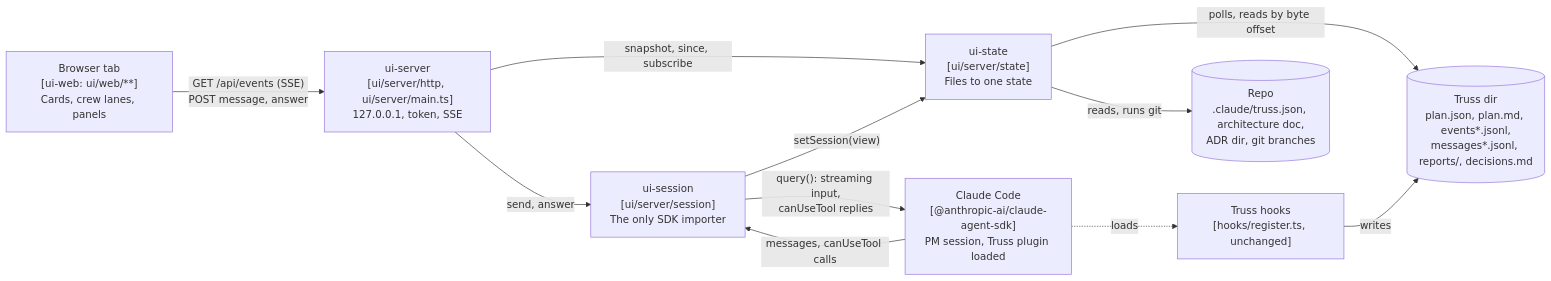
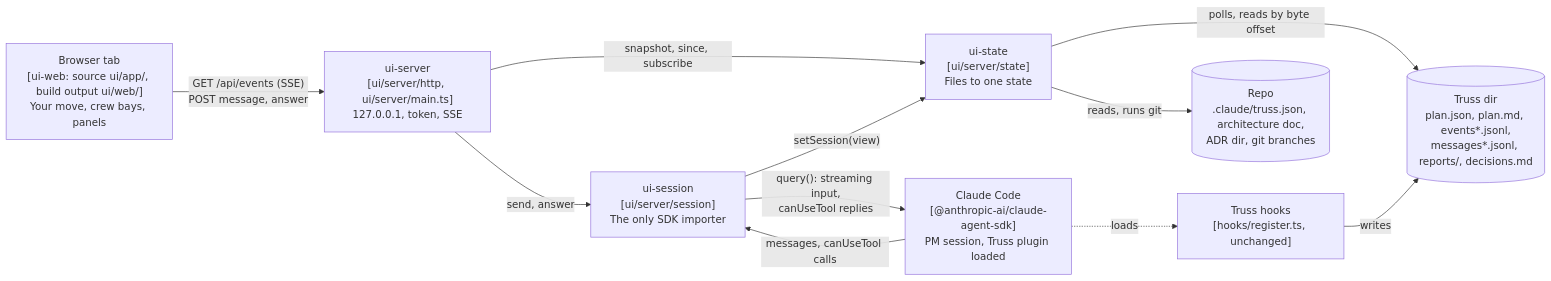
Before and after one commit to AbhiramDwivedi/truss: diagram 19 of 23 in plugins/truss/docs/architecture.md, drawn with Mermaid. The commit also changed other lines of this file and 2 other files, not shown here.

First line of the commit message:
docs(ui-redesign): ADR-0018, the redesigned web UI, linked from ADR-0011 and the architecture doc

````diff
--- a/plugins/truss/docs/architecture.md
+++ b/plugins/truss/docs/architecture.md
@@ -1066,22 +1068,22 @@
 ```mermaid
 flowchart LR
-  browser["Browser tab<br/>[ui-web: ui/web/**]<br/>Cards, crew lanes, panels"]
+  browser["Browser tab<br/>[ui-web: source ui/app/, build output ui/web/]<br/>Your move, crew bays, panels"]
   http["ui-server<br/>[ui/server/http, ui/server/main.ts]<br/>127.0.0.1, token, SSE"]
   state["ui-state<br/>[ui/server/state]<br/>Files to one state"]
   session["ui-session<br/>[ui/server/session]<br/>The only SDK importer"]
   sdk["Claude Code<br/>[@anthropic-ai/claude-agent-sdk]<br/>PM session, Truss plugin loaded"]
   hooks["Truss hooks<br/>[hooks/register.ts, unchanged]"]
   tdir[("Truss dir<br/>plan.json, plan.md, events*.jsonl,<br/>messages*.jsonl, reports/, decisions.md")]
   repo[("Repo<br/>.claude/truss.json, architecture doc,<br/>ADR dir, git branches")]
 
   browser -->|"GET /api/events (SSE)<br/>POST message, answer"| http
   http -->|"snapshot, since, subscribe"| state
   http -->|"send, answer"| session
   session -->|"setSession(view)"| state
   session -->|"query(): streaming input,<br/>canUseTool replies"| sdk
   sdk -->|"messages, canUseTool calls"| session
   sdk -.->|"loads"| hooks
   hooks -->|"writes"| tdir
   state -->|"polls, reads by byte offset"| tdir
   state -->|"reads, runs git"| repo
 ```
````
